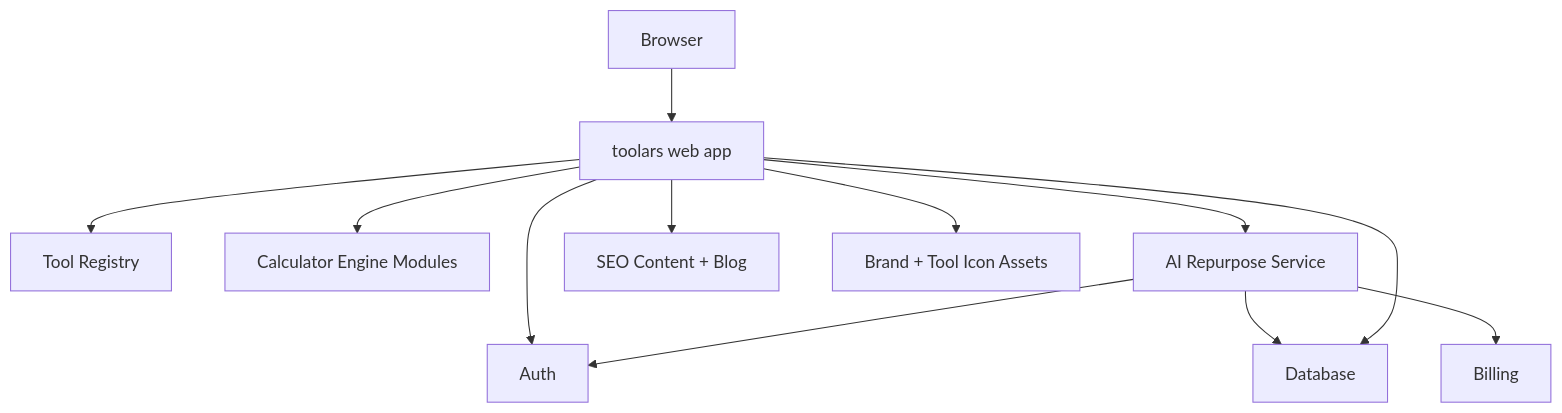
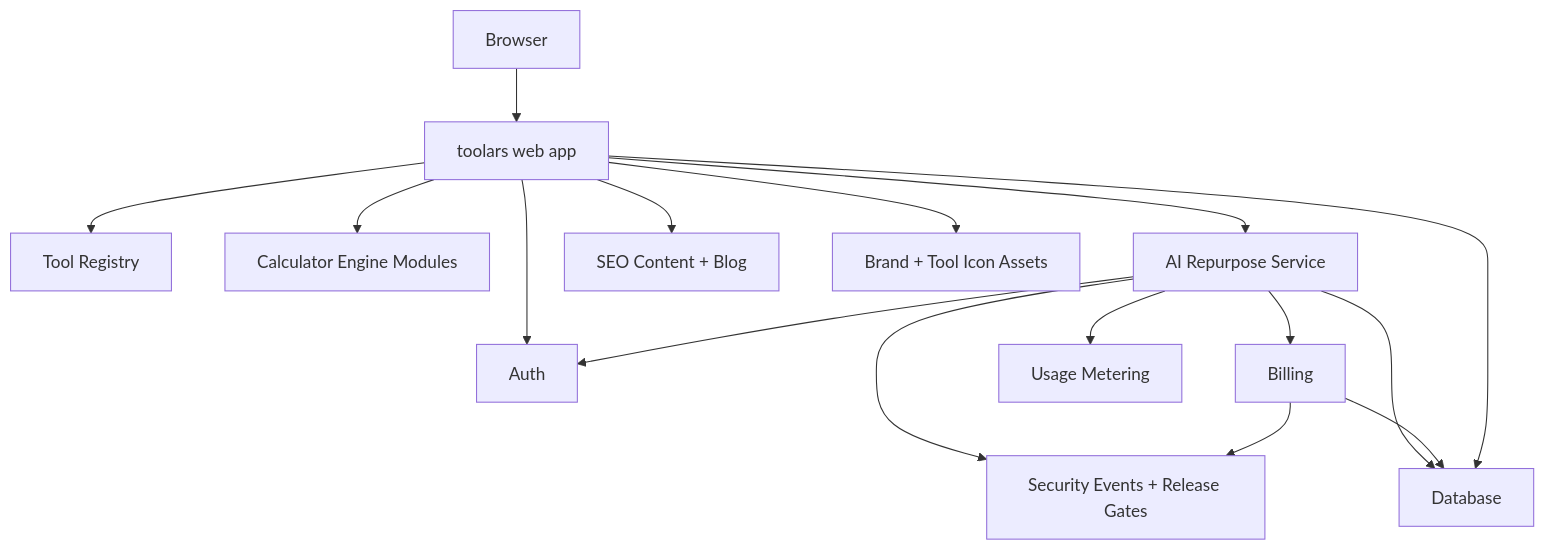
One commit to aixtral/toolars changed the second of 2 diagrams in .cdc/ARCHITECTURE.md. Above: the diagram before and after it, drawn with Mermaid. The commit also changed other lines of this file and 3 other files, not shown here.

````diff
--- a/.cdc/ARCHITECTURE.md
+++ b/.cdc/ARCHITECTURE.md
@@ -68,25 +82,31 @@
 ```mermaid
 graph TD
   browser["Browser"]
   web["toolars web app"]
   registry["Tool Registry"]
   calculators["Calculator Engine Modules"]
   ai["AI Repurpose Service"]
   auth["Auth"]
   db["Database"]
   billing["Billing"]
   content["SEO Content + Blog"]
   assets["Brand + Tool Icon Assets"]
+  usage["Usage Metering"]
+  security["Security Events + Release Gates"]
 
   browser --> web
   web --> registry
   web --> calculators
   web --> content
   web --> assets
   web --> auth
   web --> ai
   ai --> db
   ai --> auth
   ai --> billing
+  ai --> usage
+  ai --> security
+  billing --> db
+  billing --> security
   web --> db
 ```
````
